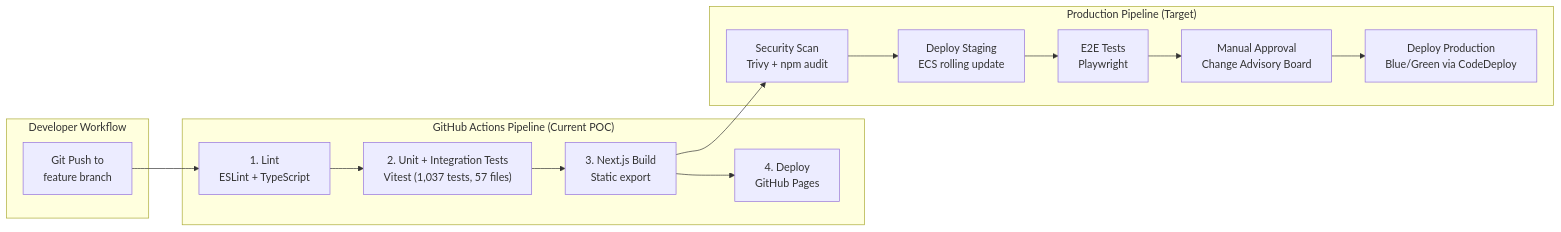
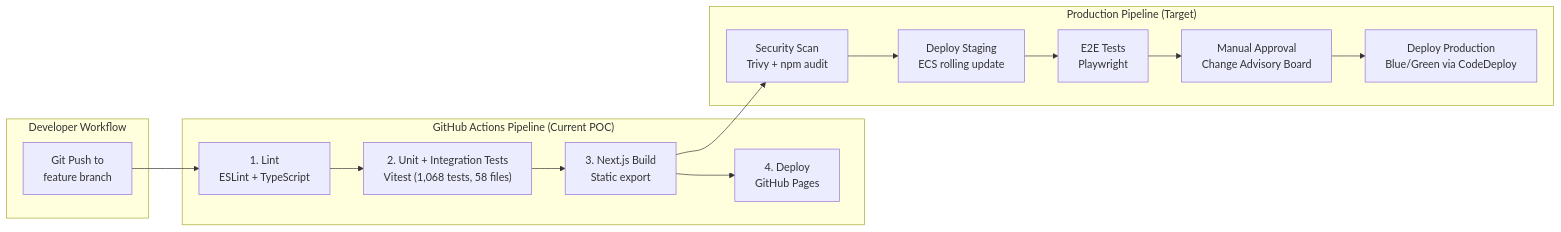
One commit to macleoda-leidos/aib-iaas-poc changed the ninth of 9 diagrams in docs/architecture.md. Above: the diagram before and after it, drawn with Mermaid. The commit also changed other lines of this file and 21 other files, not shown here.

````diff
--- a/docs/architecture.md
+++ b/docs/architecture.md
@@ -742,24 +755,24 @@
 ```mermaid
 graph LR
     subgraph "Developer Workflow"
         commit["Git Push to<br/>feature branch"]
     end
 
     subgraph "GitHub Actions Pipeline (Current POC)"
         lint["1. Lint<br/>ESLint + TypeScript"]
-        test["2. Unit + Integration Tests<br/>Vitest (1,037 tests, 57 files)"]
+        test["2. Unit + Integration Tests<br/>Vitest (1,068 tests, 58 files)"]
         build["3. Next.js Build<br/>Static export"]
         deploy["4. Deploy<br/>GitHub Pages"]
     end
 
     subgraph "Production Pipeline (Target)"
         scan["Security Scan<br/>Trivy + npm audit"]
         staging["Deploy Staging<br/>ECS rolling update"]
         e2e["E2E Tests<br/>Playwright"]
         approve["Manual Approval<br/>Change Advisory Board"]
         prod["Deploy Production<br/>Blue/Green via CodeDeploy"]
     end
 
     commit --> lint --> test --> build --> deploy
     build --> scan --> staging --> e2e --> approve --> prod
 ```
````
